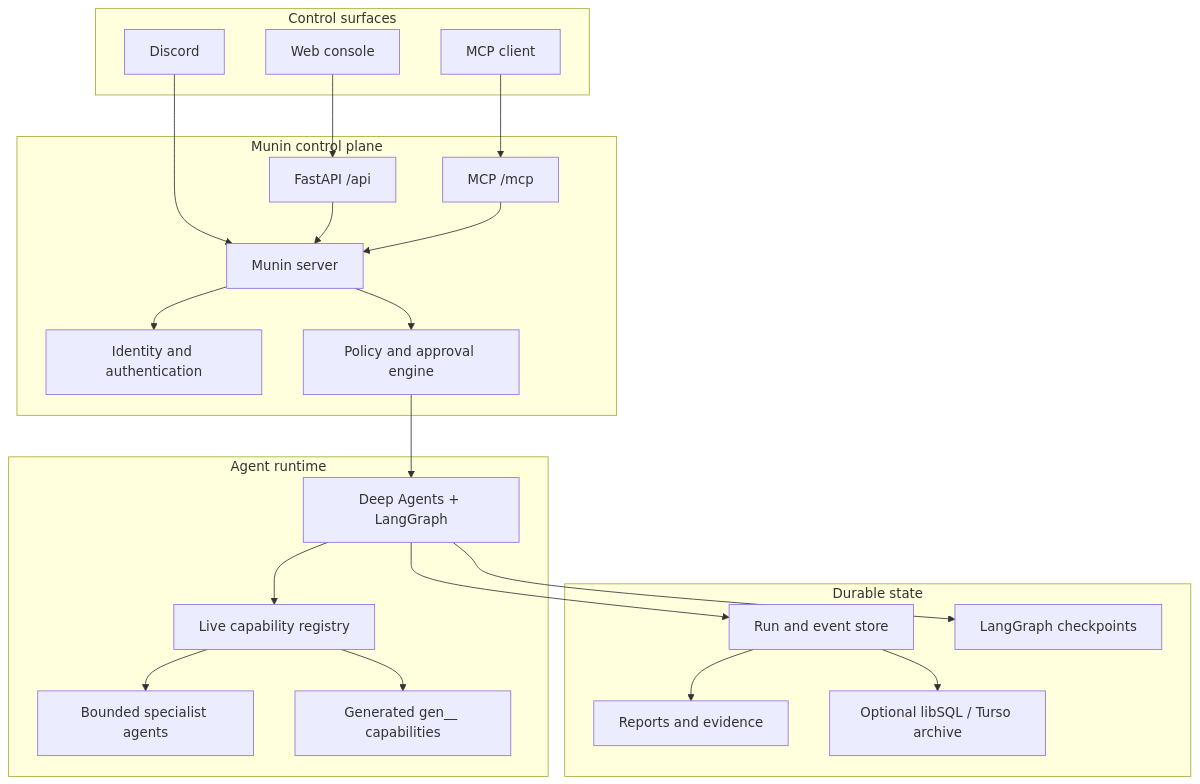
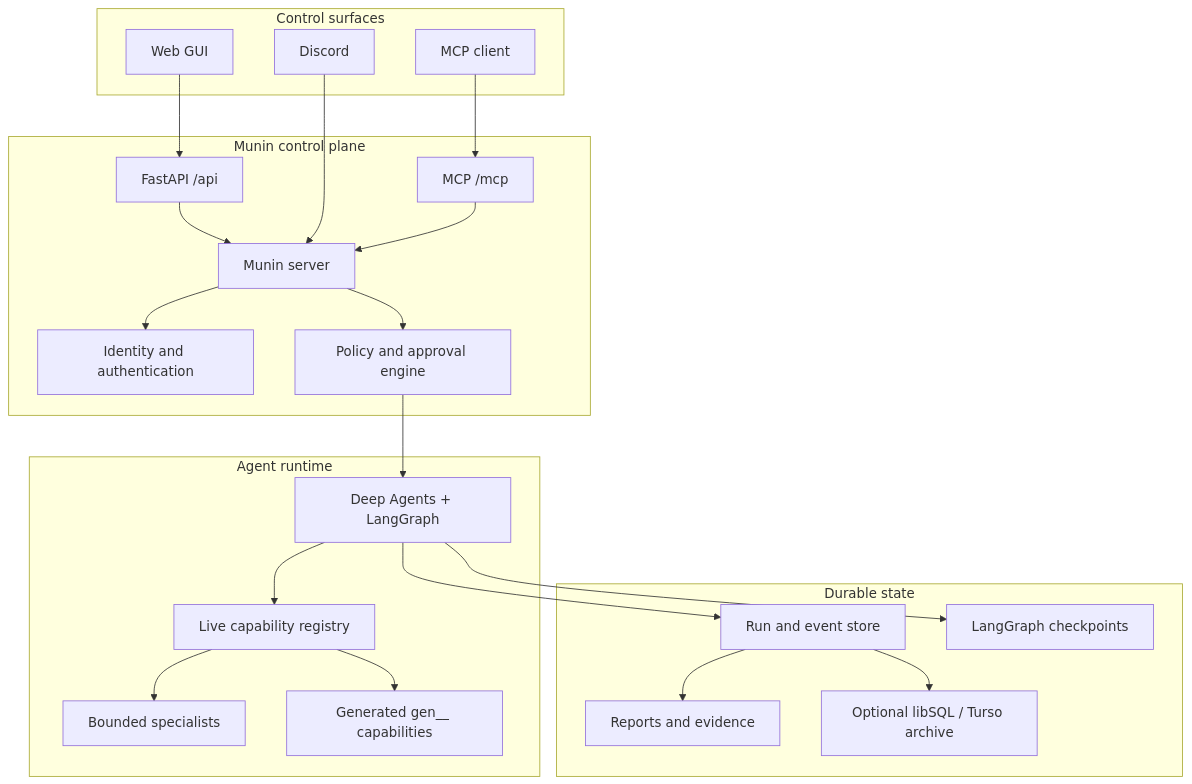
The third of 8 diagrams in README.md (PrinceOfPwn/Munin), drawn with Mermaid before and after one commit. The commit also changed other lines of this file, not shown here.

````diff
--- a/README.md
+++ b/README.md
@@ -93,46 +121,43 @@
 ```mermaid
 flowchart TB
     subgraph Interfaces[Control surfaces]
-        Web[Web console]
+        Web[Web GUI]
         Discord[Discord]
         MCPClient[MCP client]
     end
 
     subgraph Control[Munin control plane]
         API[FastAPI /api]
         MCP[MCP /mcp]
         Server[Munin server]
         Identity[Identity and authentication]
         Policy[Policy and approval engine]
     end
 
     subgraph Runtime[Agent runtime]
         Graph[Deep Agents + LangGraph]
         Registry[Live capability registry]
-        Specialists[Bounded specialist agents]
+        Specialists[Bounded specialists]
         Generated[Generated gen__ capabilities]
     end
 
     subgraph State[Durable state]
         Timeline[Run and event store]
         Checkpoints[LangGraph checkpoints]
         Artifacts[Reports and evidence]
         Archive[Optional libSQL / Turso archive]
     end
 
-    Web --> API
+    Web --> API --> Server
     Discord --> Server
-    MCPClient --> MCP
-    API --> Server
-    MCP --> Server
+    MCPClient --> MCP --> Server
     Server --> Identity
-    Server --> Policy
-    Policy --> Graph
+    Server --> Policy --> Graph
     Graph --> Registry
     Registry --> Specialists
     Registry --> Generated
     Graph --> Timeline
     Graph --> Checkpoints
     Timeline --> Artifacts
     Timeline --> Archive
 ```
````
